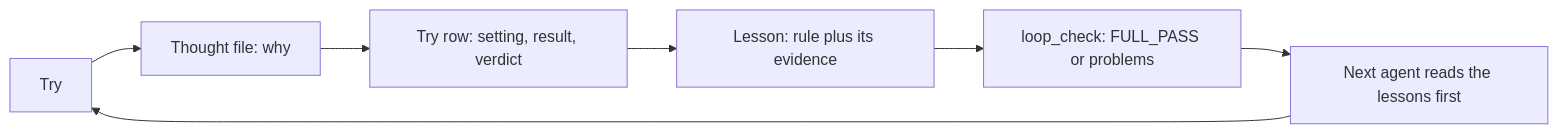
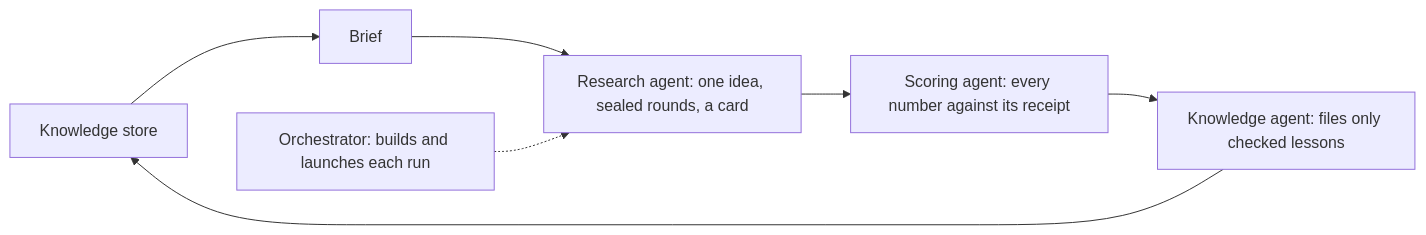
The eighth of 20 diagrams in README.md (BorjaTR/Agentic-Trading-Desk), drawn with Mermaid before and after one commit. The commit also changed other lines of this file and 20 other files, not shown here.

````diff
--- a/README.md
+++ b/README.md
@@ -108,9 +277,9 @@
 ```mermaid
 flowchart LR
-  T["Try"] --> TH["Thought file: why"]
-  TH --> ROW["Try row: setting, result, verdict"]
-  ROW --> LES["Lesson: rule plus its evidence"]
-  LES --> CHK["loop_check: FULL_PASS or problems"]
-  CHK --> NEXT["Next agent reads the lessons first"]
-  NEXT --> T
+  K["Knowledge store"] --> B["Brief"]
+  B --> H["Research agent: one idea, sealed rounds, a card"]
+  H --> S["Scoring agent: every number against its receipt"]
+  S --> C["Knowledge agent: files only checked lessons"]
+  C --> K
+  O["Orchestrator: builds and launches each run"] -.-> H
 ```
````
